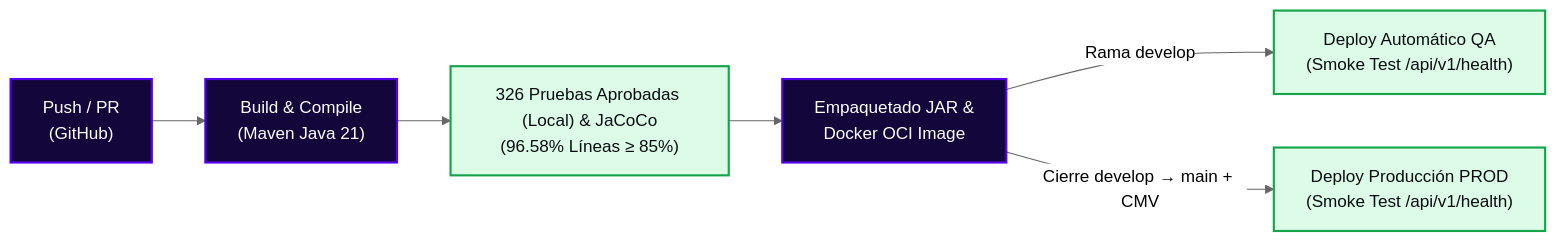
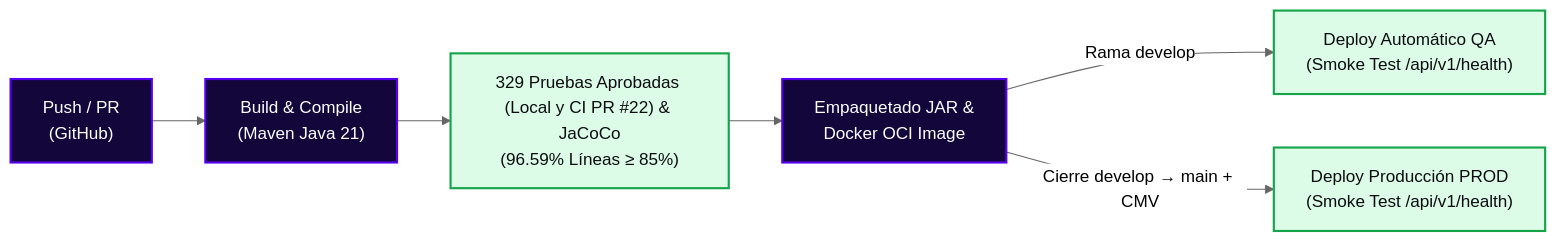
One commit to StyleRadar1/PT8080-Donations-Service changed the diagram in docs/readmes/10-cicd-pipeline.md. Above: the diagram before and after it, drawn with Mermaid (neutral theme). The commit also changed other lines of this file and 3 other files, not shown here.

````diff
--- a/docs/readmes/10-cicd-pipeline.md
+++ b/docs/readmes/10-cicd-pipeline.md
@@ -18,14 +19,14 @@
 ```mermaid
 flowchart LR
     A["Push / PR<br>(GitHub)"] --> B["Build & Compile<br>(Maven Java 21)"]
-    B --> C["326 Pruebas Aprobadas (Local) & JaCoCo<br>(96.58% Líneas ≥ 85%)"]
+    B --> C["329 Pruebas Aprobadas (Local y CI PR #22) & JaCoCo<br>(96.59% Líneas ≥ 85%)"]
     C --> D["Empaquetado JAR &<br>Docker OCI Image"]
     D -->|Rama develop| E["Deploy Automático QA<br>(Smoke Test /api/v1/health)"]
     D -->|Cierre develop → main + CMV| F["Deploy Producción PROD<br>(Smoke Test /api/v1/health)"]
 
     classDef step fill:#12063A,stroke:#5600EF,stroke-width:2px,color:#FFFFFF;
     classDef pass fill:#DCFCE7,stroke:#16A34A,stroke-width:2px,color:#0C0C12;
 
     class A,B,D step;
     class C,E,F pass;
 ```
````
